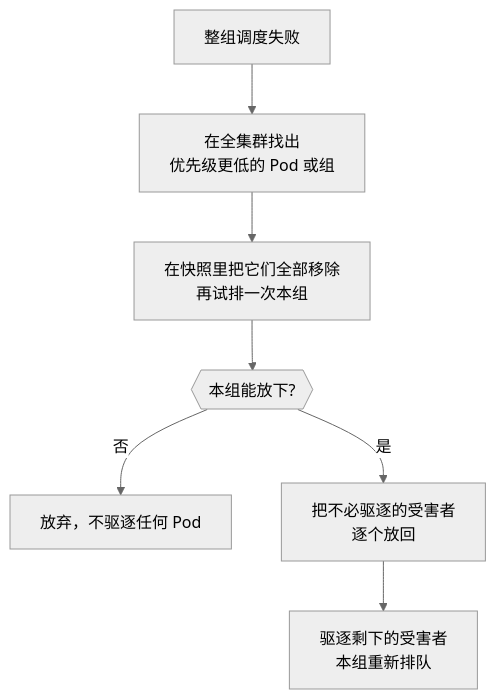
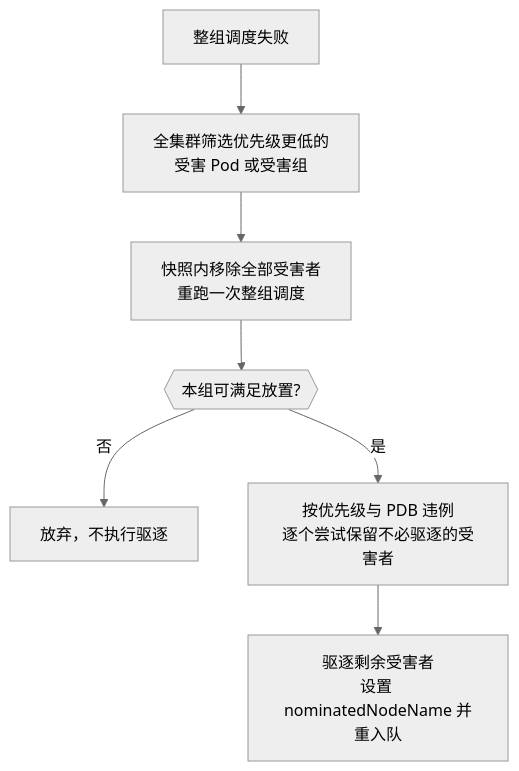
One commit to JesseStutler/volcano changed the eighth of 11 diagrams in docs/research/k8s-workload-aware-scheduling-vs-volcano-cn.md. Above: the diagram before and after it, drawn with Mermaid (neutral theme). The commit also changed other lines of this file and 1 other file, not shown here.

````diff
--- a/docs/research/k8s-workload-aware-scheduling-vs-volcano-cn.md
+++ b/docs/research/k8s-workload-aware-scheduling-vs-volcano-cn.md
@@ -456,9 +375,9 @@
 ```mermaid
 flowchart TD
-    A["整组调度失败"] --> B["在全集群找出<br/>优先级更低的 Pod 或组"]
-    B --> C["在快照里把它们全部移除<br/>再试排一次本组"]
-    C --> D{{"本组能放下?"}}
-    D -- 否 --> E["放弃，不驱逐任何 Pod"]
-    D -- 是 --> F["把不必驱逐的受害者<br/>逐个放回"]
-    F --> G["驱逐剩下的受害者<br/>本组重新排队"]
+    A["整组调度失败"] --> B["全集群筛选优先级更低的<br/>受害 Pod 或受害组"]
+    B --> C["快照内移除全部受害者<br/>重跑一次整组调度"]
+    C --> D{{"本组可满足放置?"}}
+    D -- 否 --> E["放弃，不执行驱逐"]
+    D -- 是 --> F["按优先级与 PDB 违例<br/>逐个尝试保留不必驱逐的受害者"]
+    F --> G["驱逐剩余受害者<br/>设置 nominatedNodeName 并重入队"]
 ```
````
